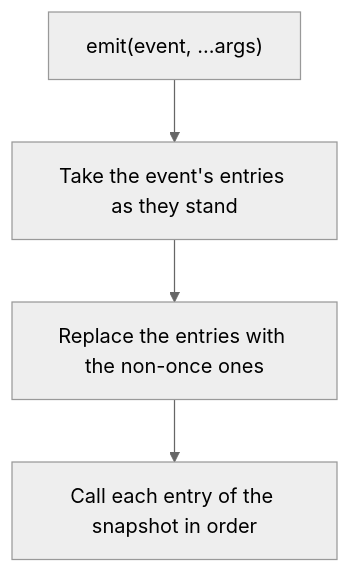
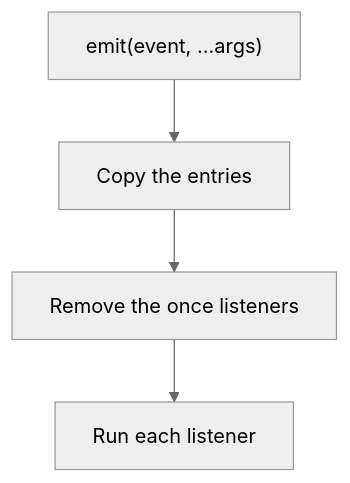
One commit to Esposter/Esposter changed the diagram in openspec/specs/shared/typed-event-emitter/design.md. Above: the diagram before and after it, drawn with Mermaid (neutral theme). The commit also changed other lines of this file and 8 other files, not shown here.

````diff
--- a/openspec/specs/shared/typed-event-emitter/design.md
+++ b/openspec/specs/shared/typed-event-emitter/design.md
@@ -20,8 +20,8 @@
 ```mermaid
 flowchart TD
   emit["emit(event, ...args)"]
-  found["Take the event's entries as they stand"]
-  drop["Replace the entries with the non-once ones"]
-  run["Call each entry of the snapshot in order"]
+  found["Copy the entries"]
+  drop["Remove the once listeners"]
+  run["Run each listener"]
   emit --> found --> drop --> run
 ```
````
